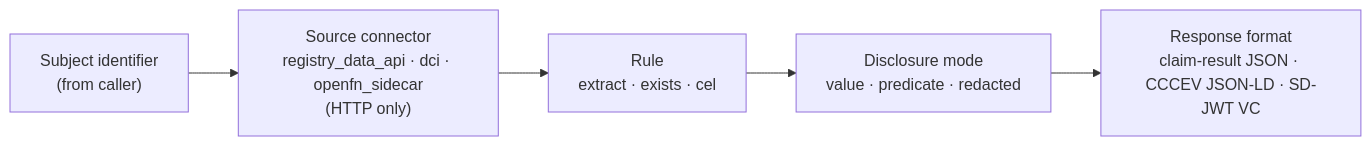
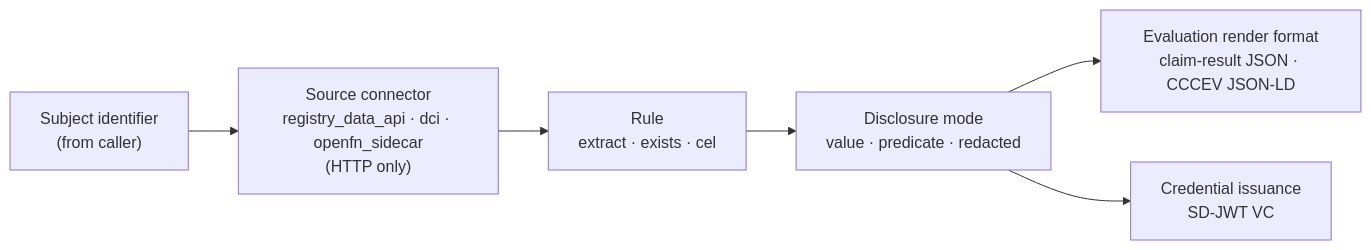
The diagram in imports/registry-docs/src/content/docs/spec/rs-pr-notary.mdx (registrystack/registry-stack), drawn with Mermaid before and after one commit. The commit also changed other lines of this file and 30 other files, not shown here.

````diff
--- a/imports/registry-docs/src/content/docs/spec/rs-pr-notary.mdx
+++ b/imports/registry-docs/src/content/docs/spec/rs-pr-notary.mdx
@@ -91,9 +99,11 @@
 ```mermaid
 flowchart LR
     subject["Subject identifier<br/>(from caller)"]
     connector["Source connector<br/>registry_data_api · dci · openfn_sidecar<br/>(HTTP only)"]
     rule["Rule<br/>extract · exists · cel"]
     disclosure["Disclosure mode<br/>value · predicate · redacted"]
-    format["Response format<br/>claim-result JSON · CCCEV JSON-LD · SD-JWT VC"]
+    format["Evaluation render format<br/>claim-result JSON · CCCEV JSON-LD"]
+    credential["Credential issuance<br/>SD-JWT VC"]
     subject --> connector --> rule --> disclosure --> format
+    disclosure --> credential
 ```
````
